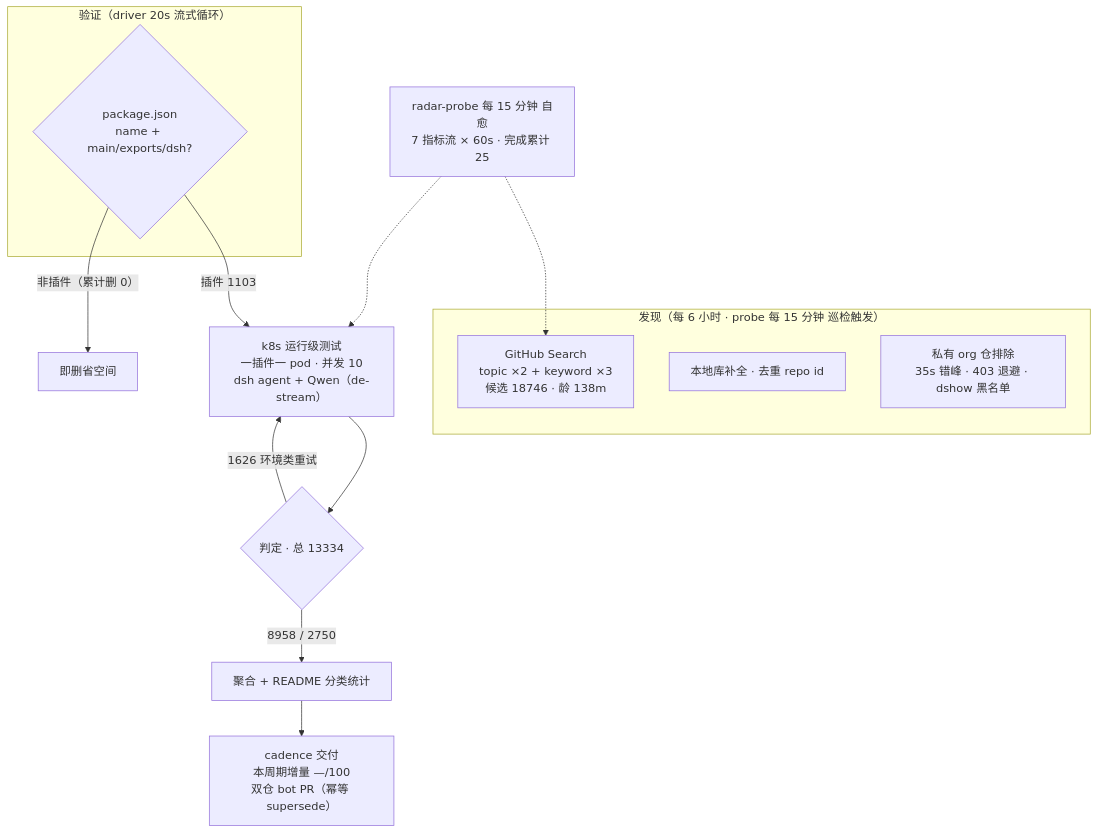
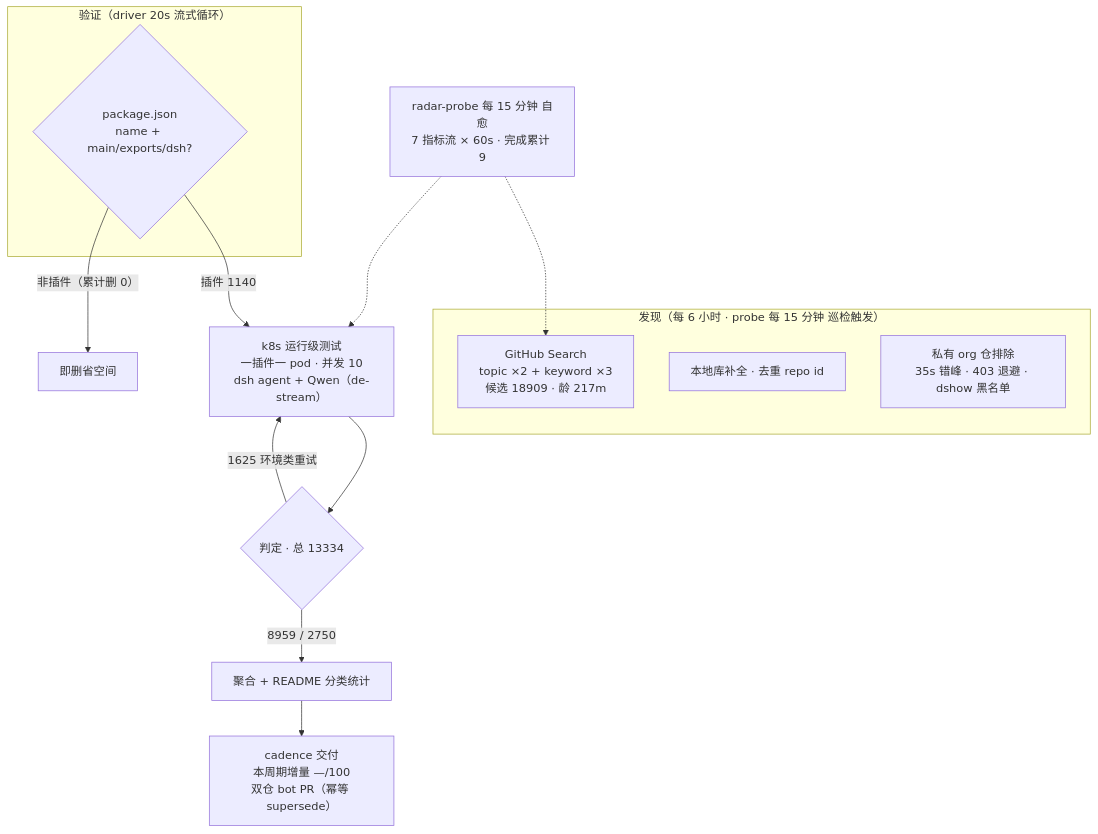
One commit to Zhidao-Lab-OSS/awesome-dsh-plugins changed the diagram in README.md. Above: the diagram before and after it, drawn with Mermaid. The commit also changed other lines of this file and 1 other file, not shown here.

````diff
--- a/README.md
+++ b/README.md
@@ -52,20 +53,20 @@
 ```mermaid
 flowchart TB
     subgraph Discovery["发现（每 6 小时 · probe 每 15 分钟 巡检触发）"]
-        A1["GitHub Search<br/>topic ×2 + keyword ×3<br/>候选 18746 · 龄 138m"]
+        A1["GitHub Search<br/>topic ×2 + keyword ×3<br/>候选 18909 · 龄 217m"]
         A2["本地库补全 · 去重 repo id"]
         A3["私有 org 仓排除<br/>35s 错峰 · 403 退避 · dshow 黑名单"]
     end
     subgraph Validation["验证（driver 20s 流式循环）"]
         B1{"package.json<br/>name + main/exports/dsh?"}
     end
-    B1 -->|"插件 1103"| C1["k8s 运行级测试<br/>一插件一 pod · 并发 10<br/>dsh agent + Qwen（de-stream）"]
+    B1 -->|"插件 1140"| C1["k8s 运行级测试<br/>一插件一 pod · 并发 10<br/>dsh agent + Qwen（de-stream）"]
     B1 -->|"非插件（累计删 0）"| B3["即删省空间"]
     C1 --> D1{"判定 · 总 13334"}
-    D1 -->|"8958 / 2750"| E1["聚合 + README 分类统计"]
-    D1 -->|"1626 环境类重试"| C1
+    D1 -->|"8959 / 2750"| E1["聚合 + README 分类统计"]
+    D1 -->|"1625 环境类重试"| C1
     E1 --> E2["cadence 交付<br/>本周期增量 —/100<br/>双仓 bot PR（幂等 supersede）"]
-    M["radar-probe 每 15 分钟 自愈<br/>7 指标流 × 60s · 完成累计 25"]
+    M["radar-probe 每 15 分钟 自愈<br/>7 指标流 × 60s · 完成累计 9"]
     M -.-> A1
     M -.-> C1
 ```
````
